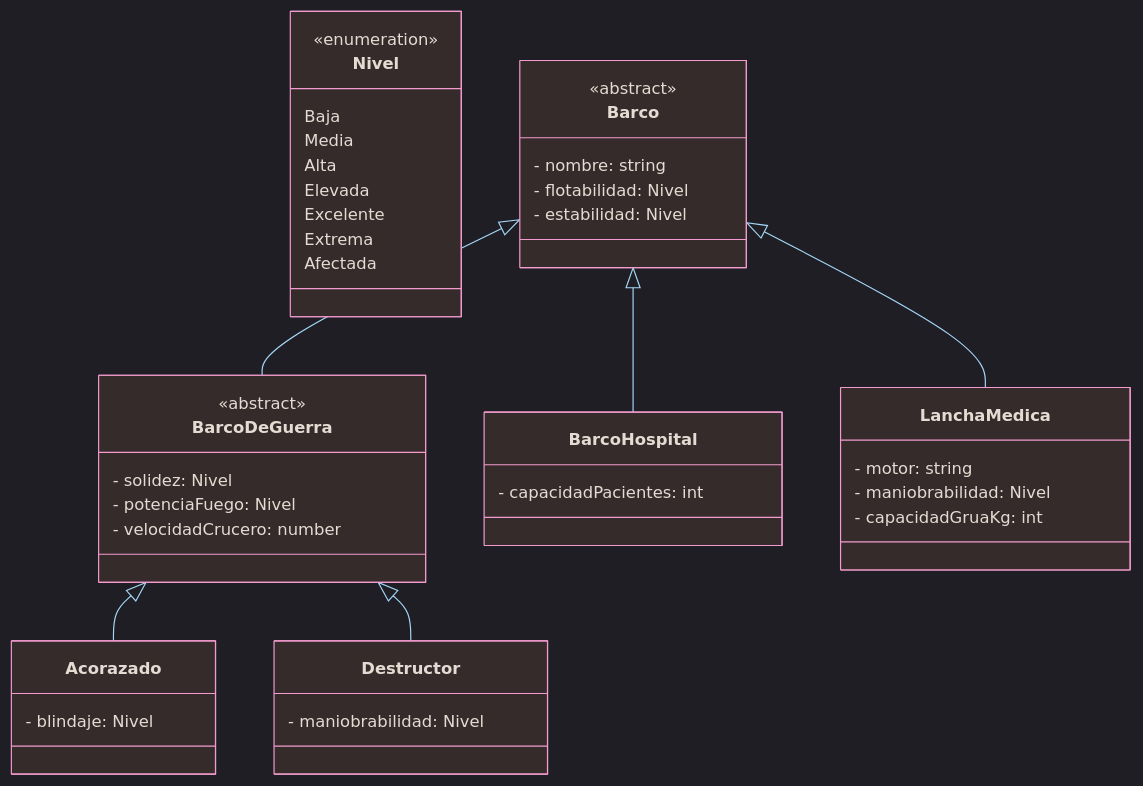
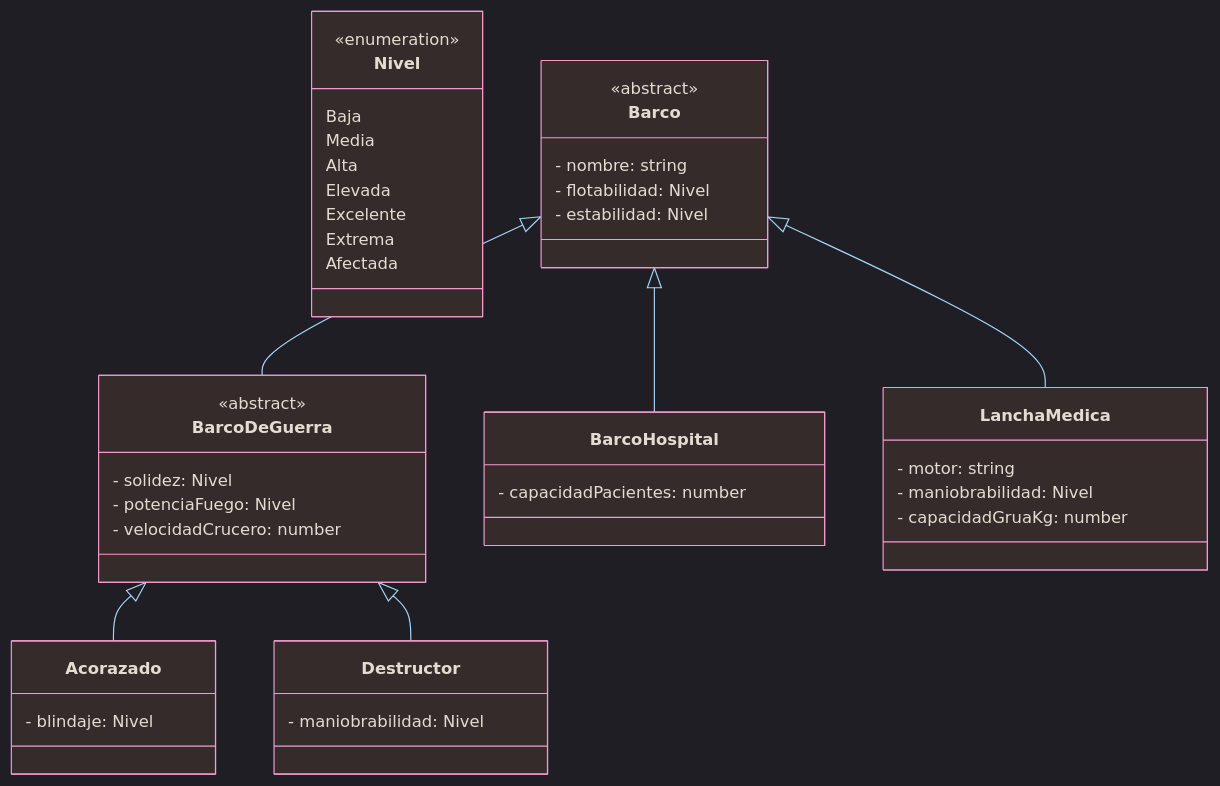
Before and after one commit to Elianayc/Typescript: the diagram in bootsrap/src/Ejercicios POO/15_barcos/15_barcos.mmd, drawn with Mermaid.

Commit message:
Update Mermaid

```diff
--- a/bootsrap/src/Ejercicios POO/15_barcos/15_barcos.mmd
+++ b/bootsrap/src/Ejercicios POO/15_barcos/15_barcos.mmd
@@ -1,47 +1,59 @@
-%%{init: { 'theme': 'dark', 'themeVariables': { 'background': '#121212', 'lineColor': '#a5d7f7', 'fontFamily': 'Cascadia Code, Fira Code, Consolas, Courier New, monospace', 'fontSize': '14px' } } }%%
+%%{init: { 
+    'theme': 'dark', 
+    'themeVariables': { 
+                        'background': '#121212', 
+                        'lineColor': '#a5d7f7', 
+                        'fontFamily': 'Cascadia Code, Fira Code, Consolas, Courier New, monospace', 
+                        'fontSize': '14px' 
+        }, 
+        'themeCSS': 'path { stroke-width: 1.5px !important; }' 
+    } }%%
 
 classDiagram
+
 class Nivel {
     <<enumeration>>
     Baja
     Media
     Alta
     Elevada
     Excelente
     Extrema
     Afectada
 }
+
 class Barco {
     <<abstract>>
     - nombre: string
     - flotabilidad: Nivel
     - estabilidad: Nivel
 }
+
 class BarcoDeGuerra {
     <<abstract>>
     - solidez: Nivel
     - potenciaFuego: Nivel
     - velocidadCrucero: number
 }
 class Acorazado {
     - blindaje: Nivel
 }
 class Destructor {
     - maniobrabilidad: Nivel
 }
 class BarcoHospital {
-    - capacidadPacientes: int
+    - capacidadPacientes: number
 }
 class LanchaMedica {
     - motor: string
     - maniobrabilidad: Nivel
-    - capacidadGruaKg: int
+    - capacidadGruaKg: number
 }
 Barco <|-- BarcoDeGuerra
 Barco <|-- BarcoHospital
 Barco <|-- LanchaMedica
 BarcoDeGuerra <|-- Acorazado
 BarcoDeGuerra <|-- Destructor
 
 %%Colores de las clases
-classDef default fill:#362b2b,stroke:#f39bce,stroke-width:1px,color:#e4dcd2
+classDef default fill:#362b2b,stroke:#f39bce,color:#e4dcd2
```
